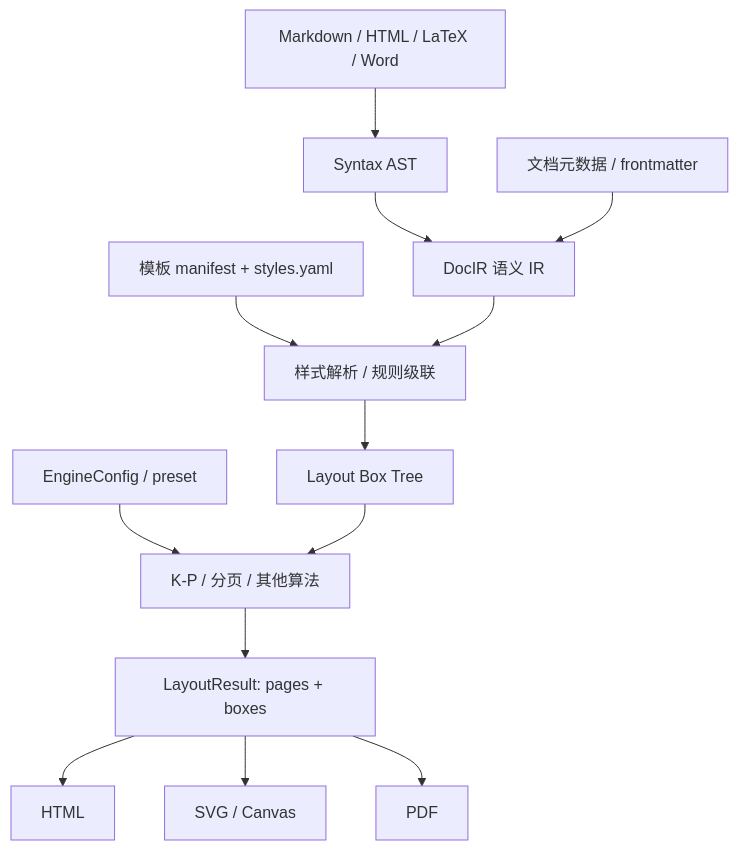
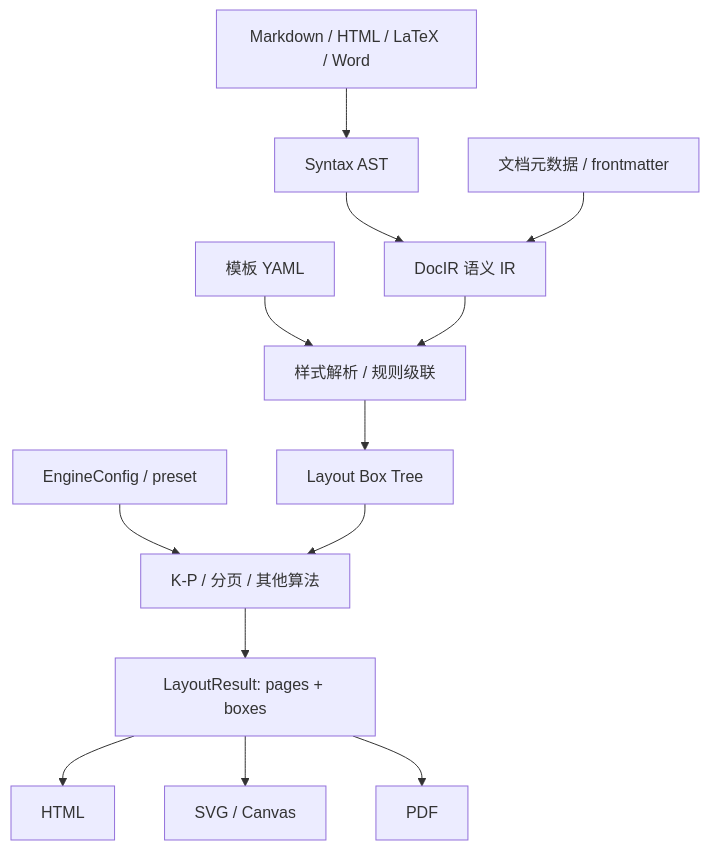
The diagram in soma-typeset/docs/architecture-v2.md (zhanghuanhuan303/somadoc-next), drawn with Mermaid before and after one commit. The commit also changed other lines of this file and 53 other files, not shown here.

````diff
--- a/soma-typeset/docs/architecture-v2.md
+++ b/soma-typeset/docs/architecture-v2.md
@@ -90,15 +90,15 @@
 ```mermaid
 flowchart TB
   SRC[Markdown / HTML / LaTeX / Word] --> AST[Syntax AST]
   AST --> DOC[DocIR 语义 IR]
   META[文档元数据 / frontmatter] --> DOC
-  TPL[模板 manifest + styles.yaml] --> RESOLVE[样式解析 / 规则级联]
+  TPL[模板 YAML] --> RESOLVE[样式解析 / 规则级联]
   DOC --> RESOLVE
   RESOLVE --> BOX[Layout Box Tree]
   ENG[EngineConfig / preset] --> ALGO[K-P / 分页 / 其他算法]
   BOX --> ALGO
   ALGO --> RESULT[LayoutResult: pages + boxes]
   RESULT --> R1[HTML]
   RESULT --> R2[SVG / Canvas]
   RESULT --> R3[PDF]
 ```
````
